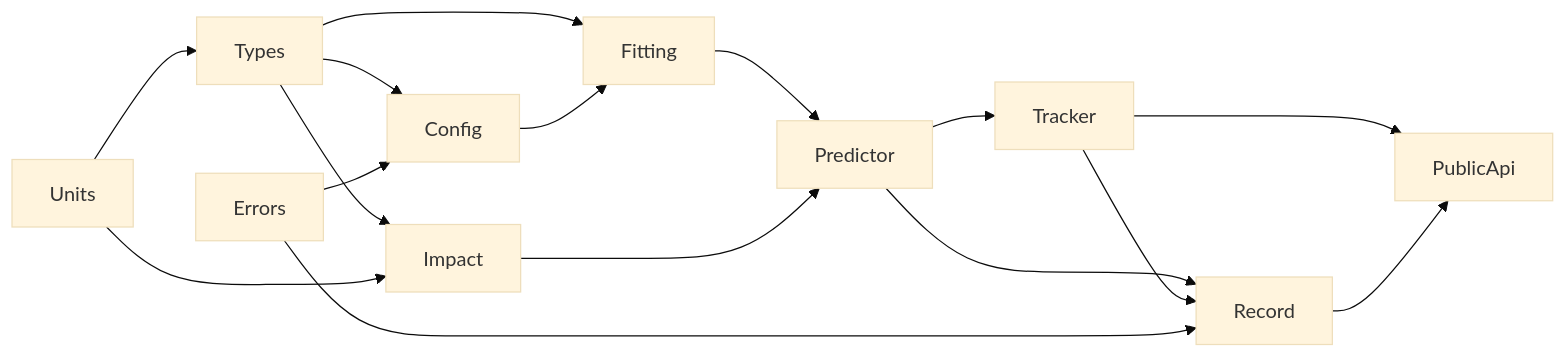
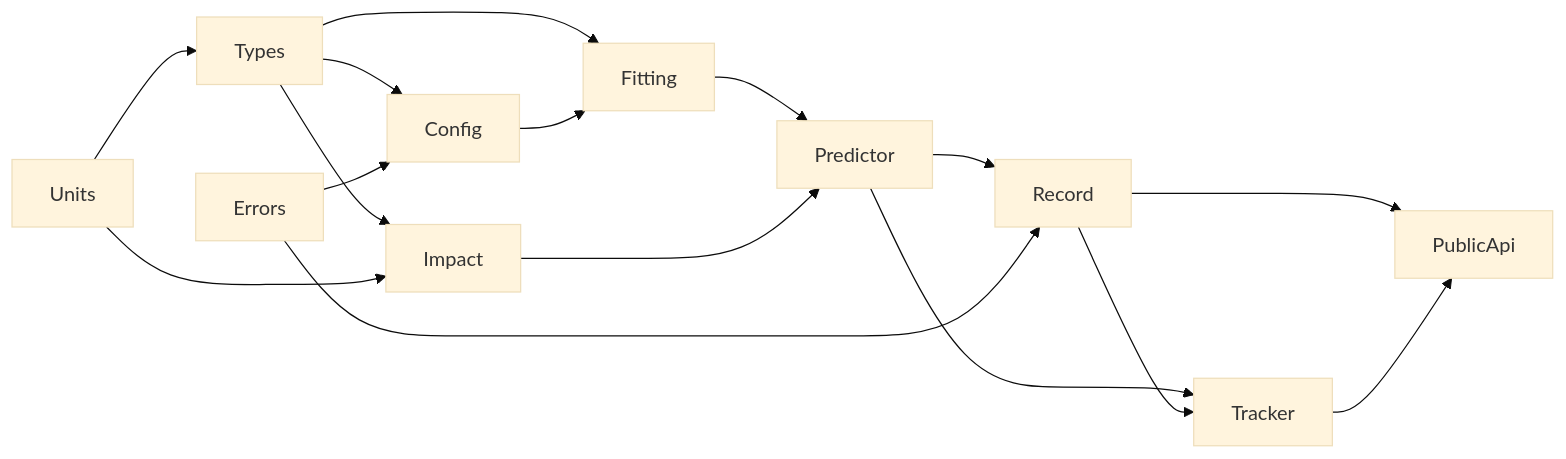
The second of 4 diagrams in .kiro/specs/prediction-core/design.md (f18c052f/smart-trashbox-tribute), drawn with Mermaid (base theme) before and after one commit. The commit also changed other lines of this file and 3 other files, not shown here.

````diff
--- a/.kiro/specs/prediction-core/design.md
+++ b/.kiro/specs/prediction-core/design.md
@@ -136,18 +136,18 @@
 ```mermaid
 graph LR
     Units --> Types
     Types --> Config
     Errors --> Config
     Types --> Fitting
     Config --> Fitting
     Types --> Impact
     Units --> Impact
     Fitting --> Predictor
     Impact --> Predictor
+    Predictor --> Record
+    Errors --> Record
     Predictor --> Tracker
-    Predictor --> Record
-    Tracker --> Record
-    Errors --> Record
+    Record --> Tracker
+    Record --> PublicApi
     Tracker --> PublicApi
-    Record --> PublicApi
 ```
````
